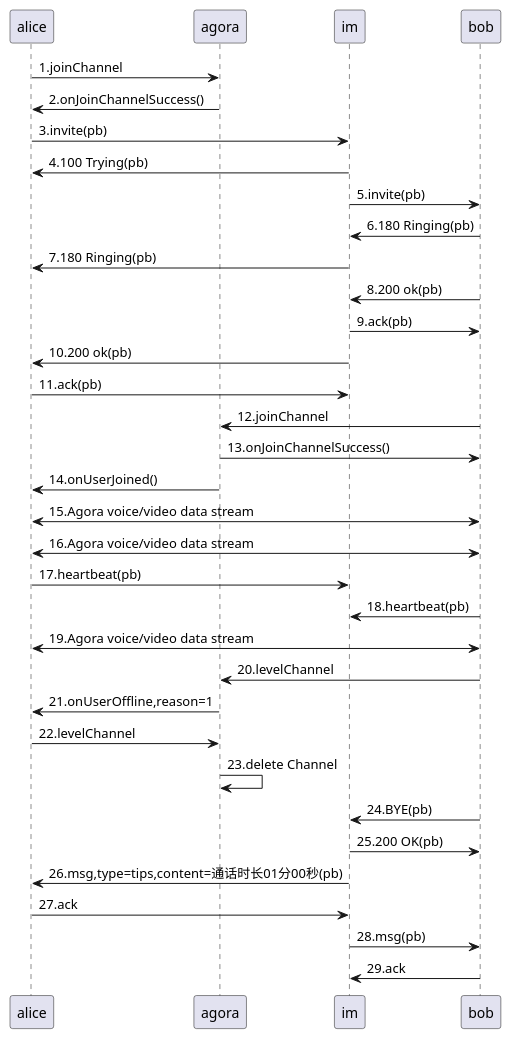
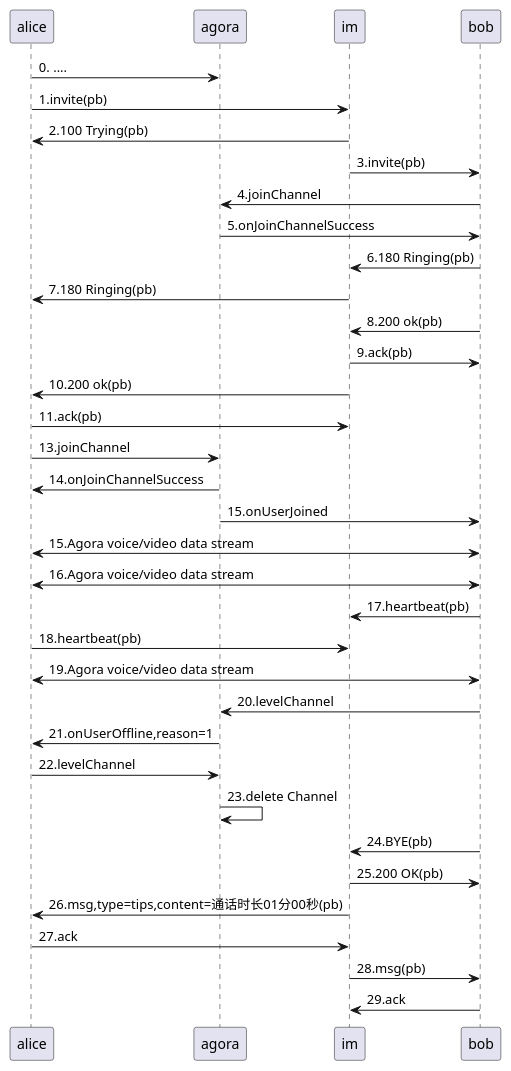
The third of 4 diagrams in server/src/api/voice_call.puml (xmcy0011/CoffeeChat), drawn with PlantUML before and after one commit. The commit also changed other lines of this file and 27 other files, not shown here.

```diff
--- a/server/src/api/voice_call.puml
+++ b/server/src/api/voice_call.puml
@@ -53,31 +56,34 @@
 @startuml
-alice -> agora: 1.joinChannel
-agora -> alice: 2.onJoinChannelSuccess()
-alice -> im: 3.invite(pb)
-im -> alice: 4.100 Trying(pb)
-im -> bob: 5.invite(pb)
+alice -> agora: 0. ....
+alice -> im: 1.invite(pb)
+im -> alice: 2.100 Trying(pb)
+im -> bob: 3.invite(pb)
+bob -> agora: 4.joinChannel
+agora -> bob: 5.onJoinChannelSuccess
 bob -> im: 6.180 Ringing(pb)
 im -> alice: 7.180 Ringing(pb)
 bob -> im: 8.200 ok(pb)
 im -> bob: 9.ack(pb)
 im -> alice: 10.200 ok(pb)
 alice -> im: 11.ack(pb)
-bob -> agora: 12.joinChannel
-agora -> bob: 13.onJoinChannelSuccess()
-agora -> alice: 14.onUserJoined()
+
+alice -> agora: 13.joinChannel
+agora -> alice: 14.onJoinChannelSuccess
+agora -> bob: 15.onUserJoined
+
 alice <-> bob: 15.Agora voice/video data stream
 alice <-> bob: 16.Agora voice/video data stream
-alice -> im: 17.heartbeat(pb)
-bob -> im: 18.heartbeat(pb)
+bob -> im: 17.heartbeat(pb)
+alice -> im: 18.heartbeat(pb)
 alice <-> bob: 19.Agora voice/video data stream
 bob -> agora: 20.levelChannel
 agora -> alice: 21.onUserOffline,reason=1
 alice -> agora: 22.levelChannel
 agora -> agora: 23.delete Channel
 bob -> im: 24.BYE(pb)
 im -> bob: 25.200 OK(pb)
 im -> alice: 26.msg,type=tips,content=通话时长01分00秒(pb)
 alice -> im: 27.ack
 im -> bob: 28.msg(pb)
 bob -> im: 29.ack
 @enduml
```
